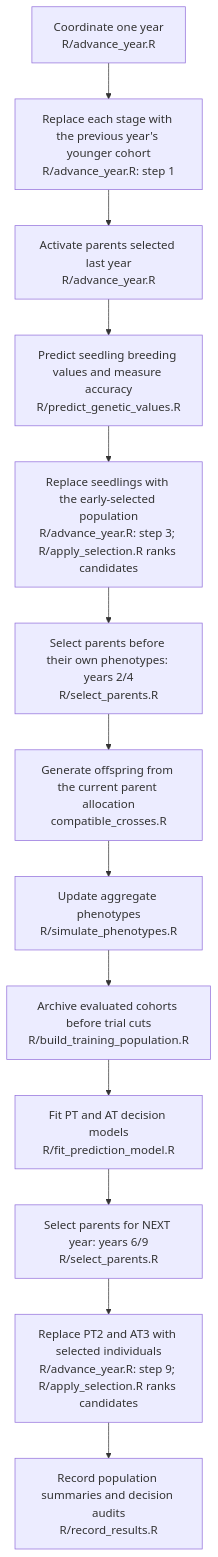
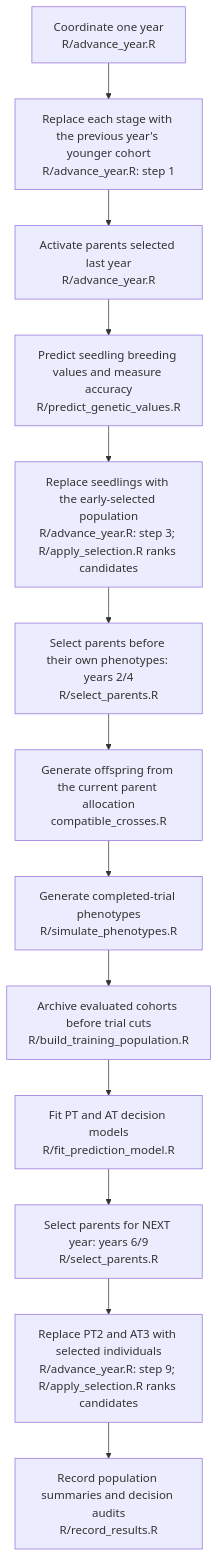
The second of 3 diagrams in 02_ClonalBreeding/PIPELINE.md (jorgemasgomez/almondsim), drawn with Mermaid before and after one commit. The commit also changed other lines of this file and 4 other files, not shown here.

````diff
--- a/02_ClonalBreeding/PIPELINE.md
+++ b/02_ClonalBreeding/PIPELINE.md
@@ -42,15 +42,15 @@
 ```mermaid
 flowchart TD
     Year["Coordinate one year<br/>R/advance_year.R"] --> Age["Replace each stage with the previous year's younger cohort<br/>R/advance_year.R: step 1"]
     Age --> Pending["Activate parents selected last year<br/>R/advance_year.R"]
     Pending --> Predict["Predict seedling breeding values and measure accuracy<br/>R/predict_genetic_values.R"]
     Predict --> Early["Replace seedlings with the early-selected population<br/>R/advance_year.R: step 3; R/apply_selection.R ranks candidates"]
     Early --> Young["Select parents before their own phenotypes: years 2/4<br/>R/select_parents.R"]
     Young --> Cross["Generate offspring from the current parent allocation<br/>compatible_crosses.R"]
-    Cross --> Pheno["Update aggregate phenotypes<br/>R/simulate_phenotypes.R"]
+    Cross --> Pheno["Generate completed-trial phenotypes<br/>R/simulate_phenotypes.R"]
     Pheno --> Archive["Archive evaluated cohorts before trial cuts<br/>R/build_training_population.R"]
     Archive --> Fit["Fit PT and AT decision models<br/>R/fit_prediction_model.R"]
     Fit --> Adult["Select parents for NEXT year: years 6/9<br/>R/select_parents.R"]
     Adult --> Trials["Replace PT2 and AT3 with selected individuals<br/>R/advance_year.R: step 9; R/apply_selection.R ranks candidates"]
     Trials --> Record["Record population summaries and decision audits<br/>R/record_results.R"]
 ```
````
